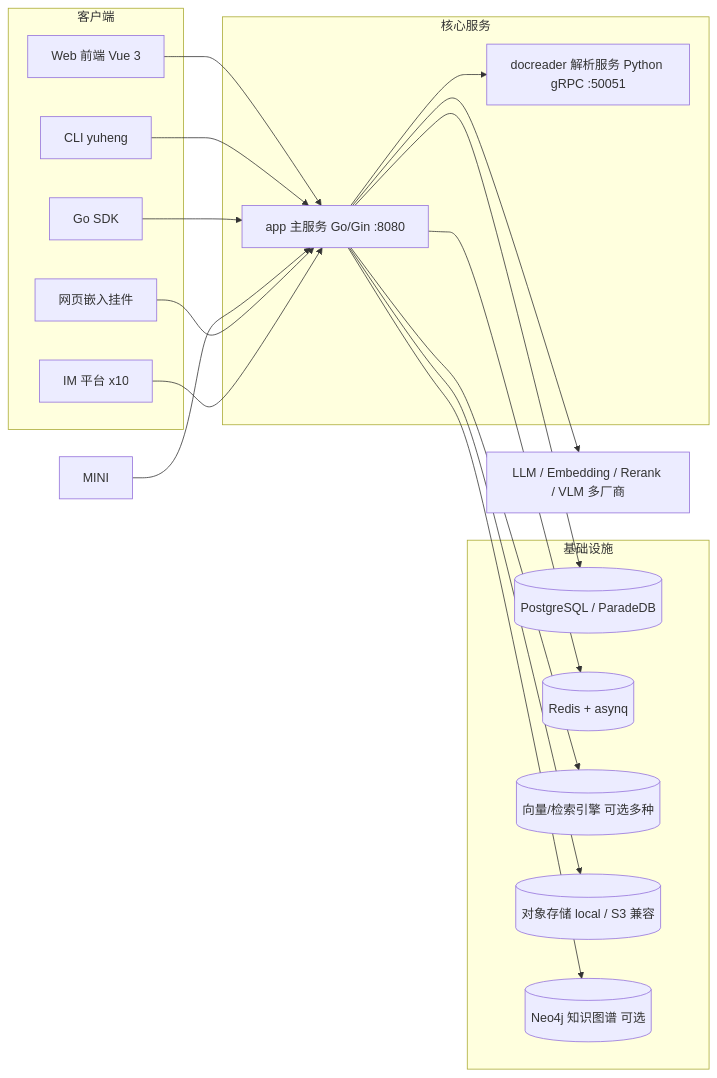
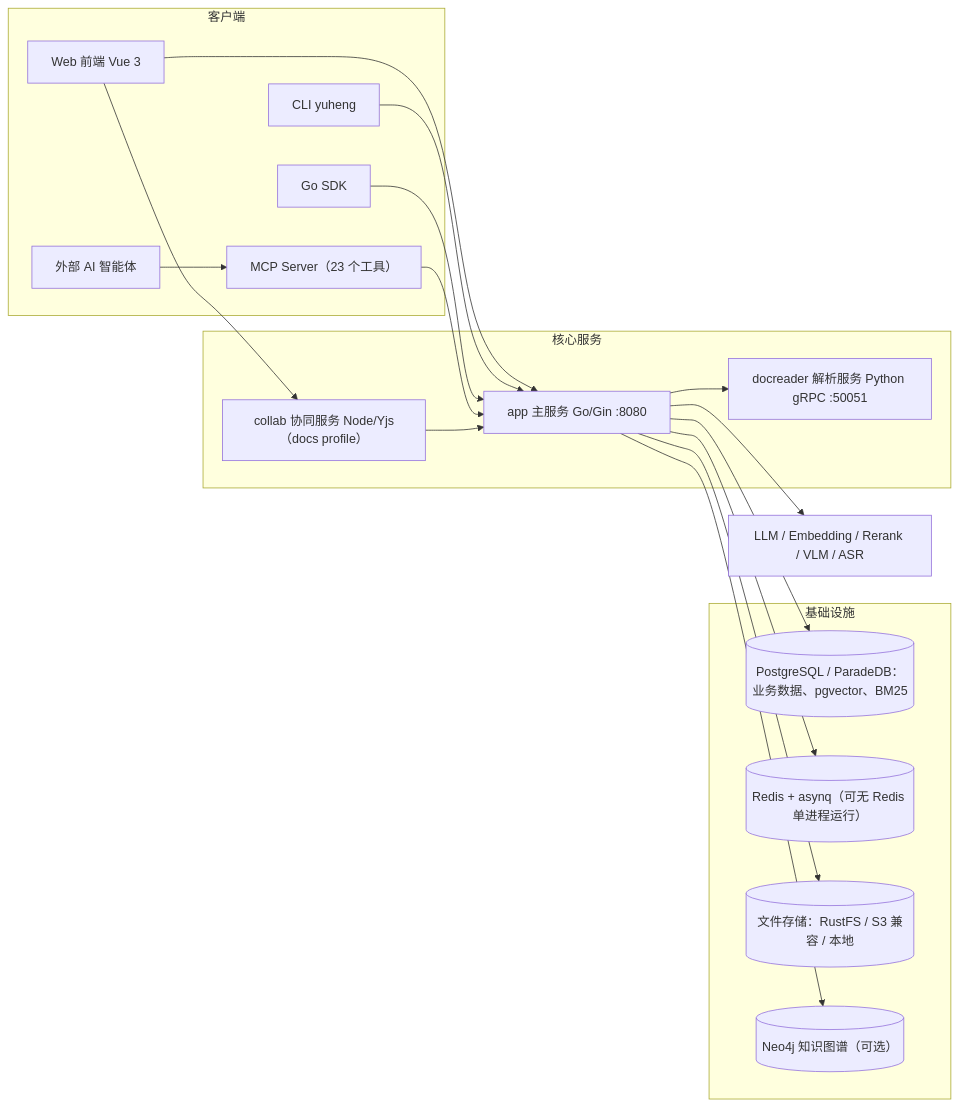
Before and after one commit to magicyuan876/Yuheng: the diagram in website-docs/README.md, drawn with Mermaid. The commit also changed other lines of this file and 6 other files, not shown here.

````diff
--- a/website-docs/README.md
+++ b/website-docs/README.md
@@ -129,35 +133,33 @@
 ```mermaid
 flowchart LR
     subgraph Clients["客户端"]
         FE["Web 前端 Vue 3"]
         CLI["CLI yuheng"]
         SDK["Go SDK"]
-        EMBED["网页嵌入挂件"]
-        IM["IM 平台 x10"]
+        MCP["MCP Server（23 个工具）"]
+        AGENT["外部 AI 智能体"]
     end
     subgraph Core["核心服务"]
         APP["app 主服务 Go/Gin :8080"]
         DR["docreader 解析服务 Python gRPC :50051"]
+        COLLAB["collab 协同服务 Node/Yjs（docs profile）"]
     end
     subgraph Infra["基础设施"]
-        PG[("PostgreSQL / ParadeDB")]
-        RD[("Redis + asynq")]
-        VS[("向量/检索引擎 可选多种")]
-        OBJ[("对象存储 local / S3 兼容")]
-        NEO[("Neo4j 知识图谱 可选")]
+        PG[("PostgreSQL / ParadeDB：业务数据、pgvector、BM25")]
+        RD[("Redis + asynq（可无 Redis 单进程运行）")]
+        OBJ[("文件存储：RustFS / S3 兼容 / 本地")]
+        NEO[("Neo4j 知识图谱（可选）")]
     end
-    LLM["LLM / Embedding / Rerank / VLM 多厂商"]
+    LLM["LLM / Embedding / Rerank / VLM / ASR"]
     FE --> APP
     CLI --> APP
     SDK --> APP
-    MINI --> APP
-    EMBED --> APP
-    IM --> APP
+    AGENT --> MCP --> APP
+    FE --> COLLAB --> APP
     APP --> DR
     APP --> PG
     APP --> RD
-    APP --> VS
     APP --> OBJ
     APP --> NEO
     APP --> LLM
 ```
````
